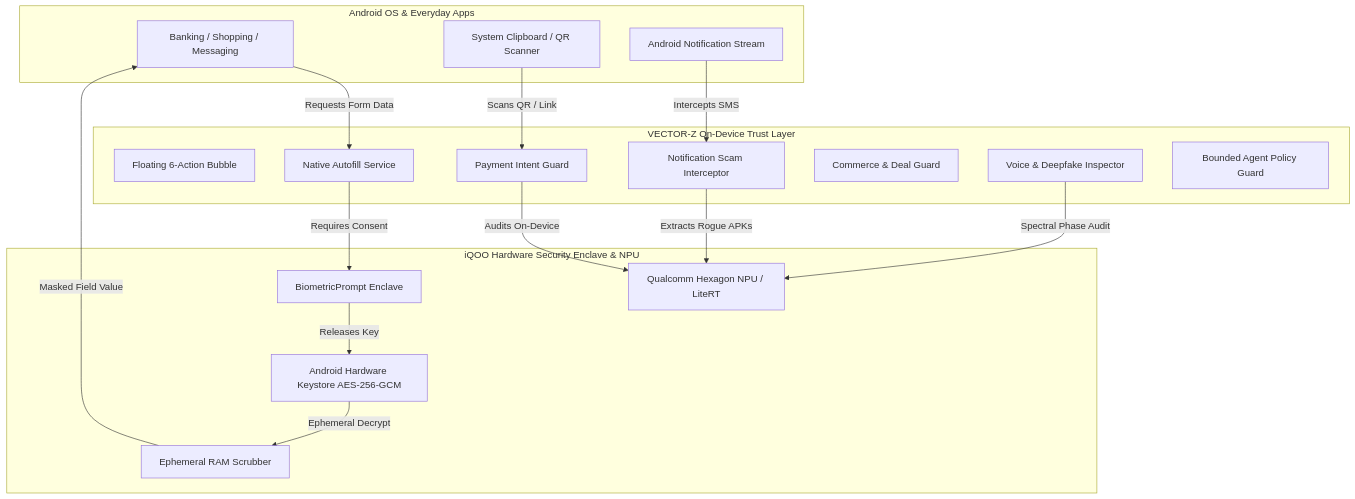
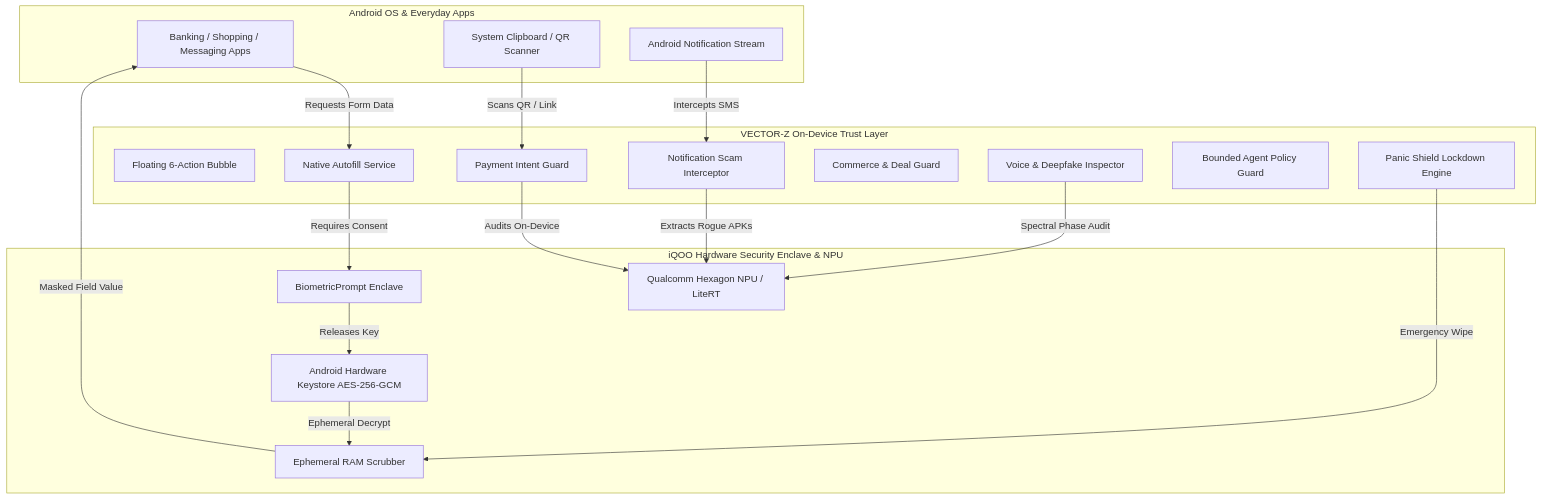
Before and after one commit to mysterious03/VECTOR-Z: the diagram in README.md, drawn with Mermaid. The commit also changed other lines of this file and 4 other files, not shown here.

Commit message:
feat(phase-4): add panic shield emergency lockdown, threat intel engine, SMS spoof analyzer, and professional README narrative

````diff
--- a/README.md
+++ b/README.md
@@ -140,37 +110,39 @@
 ```mermaid
 graph TD
     subgraph System Layer [Android OS & Everyday Apps]
-        UserApp[Banking / Shopping / Messaging]
+        UserApp[Banking / Shopping / Messaging Apps]
         Clipboard[System Clipboard / QR Scanner]
         NotifService[Android Notification Stream]
     end
 
     subgraph VectorZ [VECTOR-Z On-Device Trust Layer]
         OverlayBubble[Floating 6-Action Bubble]
         AutofillCore[Native Autofill Service]
         NotifGuard[Notification Scam Interceptor]
         PaymentEngine[Payment Intent Guard]
         CommerceEngine[Commerce & Deal Guard]
         MediaEngine[Voice & Deepfake Inspector]
         PolicyEngine[Bounded Agent Policy Guard]
+        PanicEngine[Panic Shield Lockdown Engine]
     end
 
     subgraph Hardware Enclave [iQOO Hardware Security Enclave & NPU]
         Keystore[Android Hardware Keystore AES-256-GCM]
         Biometrics[BiometricPrompt Enclave]
         NPU[Qualcomm Hexagon NPU / LiteRT]
         ZeroLog[Ephemeral RAM Scrubber]
     end
 
     UserApp -->|Requests Form Data| AutofillCore
     AutofillCore -->|Requires Consent| Biometrics
     Biometrics -->|Releases Key| Keystore
     Keystore -->|Ephemeral Decrypt| ZeroLog
     ZeroLog -->|Masked Field Value| UserApp
 
     Clipboard -->|Scans QR / Link| PaymentEngine
     NotifService -->|Intercepts SMS| NotifGuard
     PaymentEngine -->|Audits On-Device| NPU
     NotifGuard -->|Extracts Rogue APKs| NPU
     MediaEngine -->|Spectral Phase Audit| NPU
+    PanicEngine -->|Emergency Wipe| ZeroLog
 ```
````
